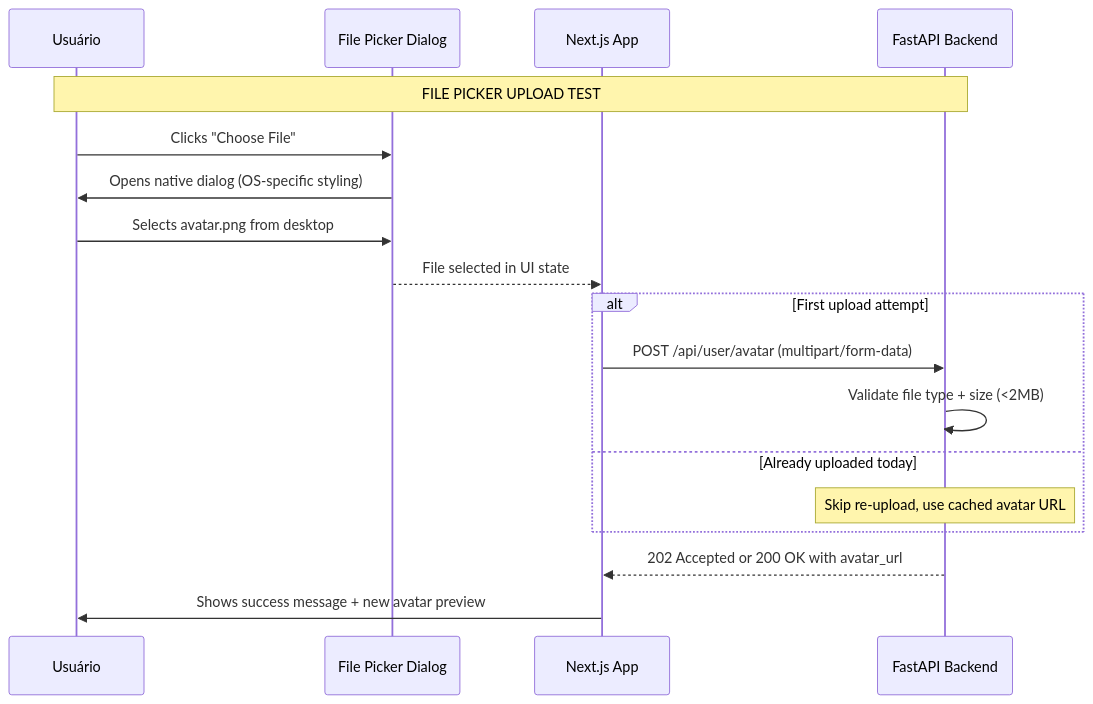
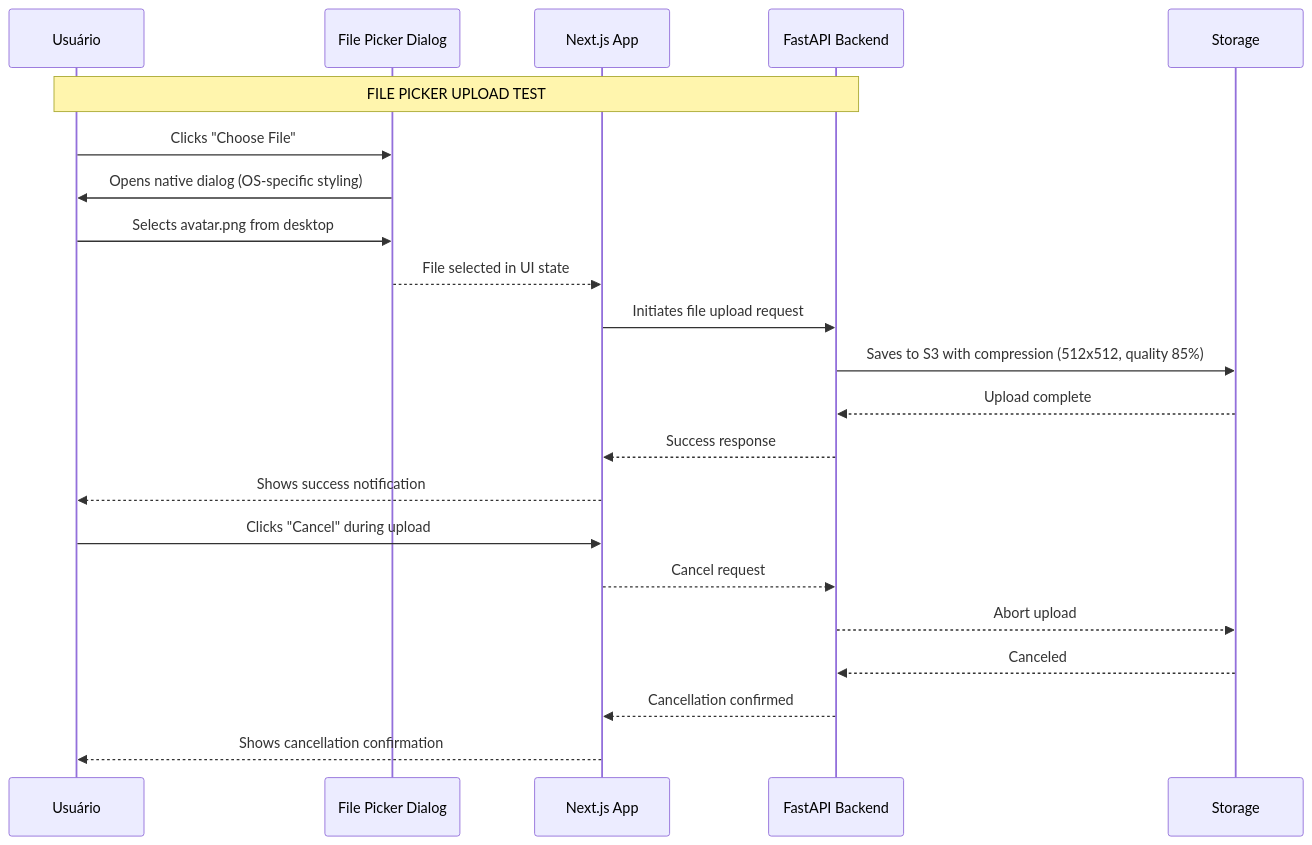
The diagram in .dtc/examples/DTA-template-exemplo-preenchido.md (Rhuan-P/DTF_Concept), drawn with Mermaid before and after one commit. The commit also changed other lines of this file and 3 other files, not shown here.

````diff
--- a/.dtc/examples/DTA-template-exemplo-preenchido.md
+++ b/.dtc/examples/DTA-template-exemplo-preenchido.md
@@ -38,24 +46,27 @@
 ```mermaid
 sequenceDiagram
     participant User as Usuário
     participant Browser as File Picker Dialog
     participant App as Next.js App
     participant Backend as FastAPI Backend
     
     Note over User,Backend: FILE PICKER UPLOAD TEST
     User->>Browser: Clicks "Choose File"
     Browser->>User: Opens native dialog (OS-specific styling)
     
     User->>Browser: Selects avatar.png from desktop
     Browser-->>App: File selected in UI state
     
-    alt First upload attempt
-        App->>Backend: POST /api/user/avatar (multipart/form-data)
-        Backend->>Backend: Validate file type + size (<2MB)
-    else Already uploaded today
-        Note over Backend: Skip re-upload, use cached avatar URL
-    end
+    App->>Backend: Initiates file upload request
+    Backend->>Storage: Saves to S3 with compression (512x512, quality 85%)
+    Storage-->>Backend: Upload complete
+    Backend-->>App: Success response
+    App-->>User: Shows success notification
     
-    Backend-->>App: 202 Accepted or 200 OK with avatar_url
-    App->>User: Shows success message + new avatar preview
+    User->>App: Clicks "Cancel" during upload
+    App-->>Backend: Cancel request
+    Backend-->>Storage: Abort upload
+    Storage-->>Backend: Canceled
+    Backend-->>App: Cancellation confirmed
+    App-->>User: Shows cancellation confirmation
 ```
````
